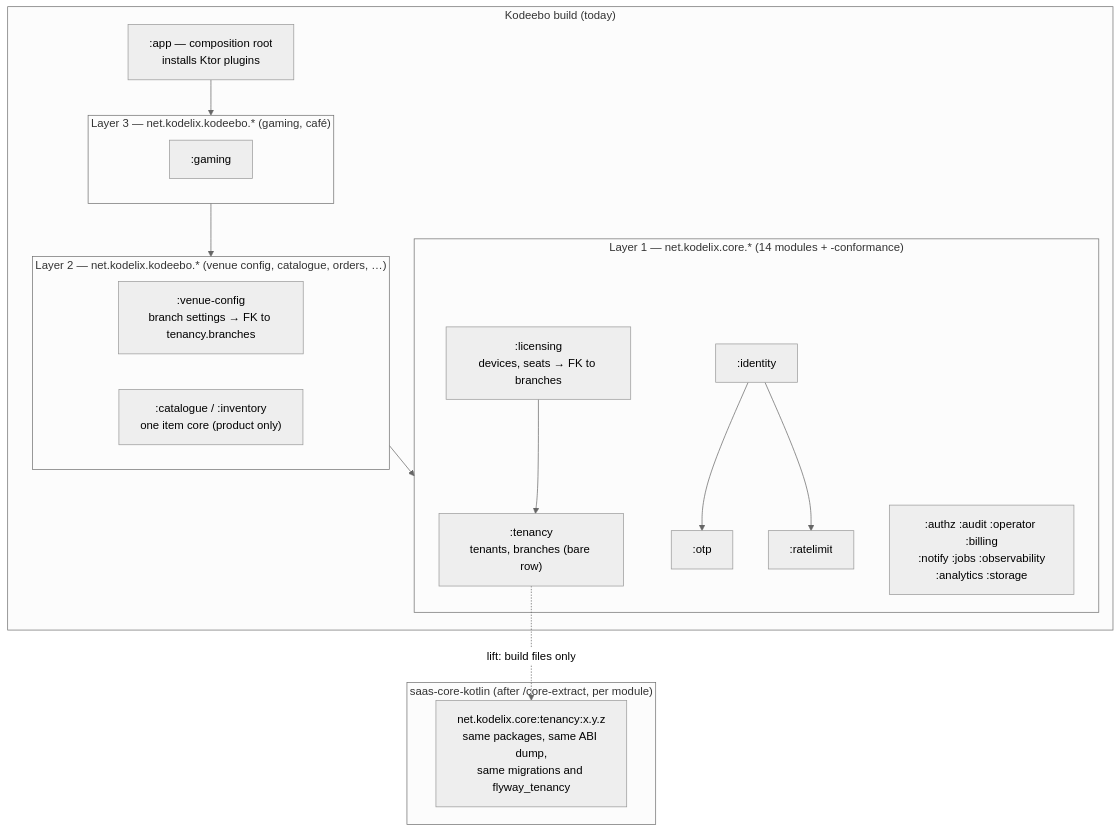
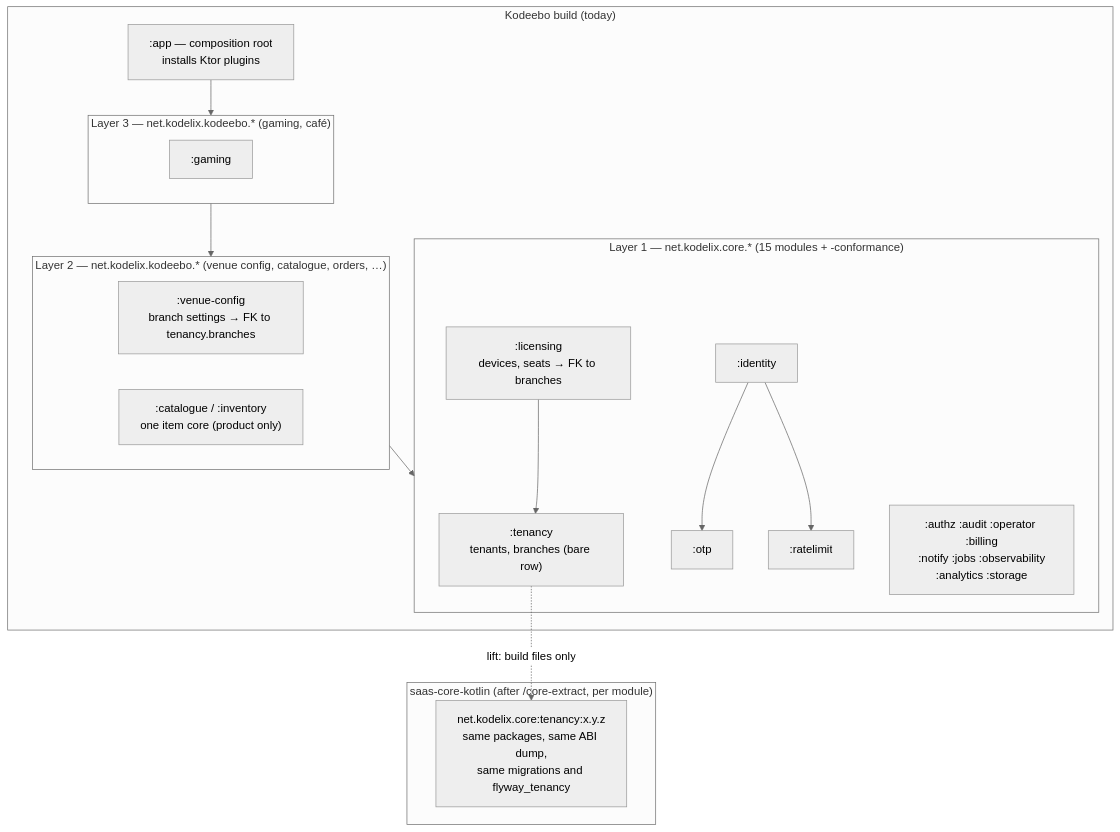
The diagram in docs/architecture/adr-0010-core-extraction-policy.md (Kodelix/kodeebo), drawn with Mermaid (neutral theme) before and after one commit. The commit also changed other lines of this file and 2 other files, not shown here.

First line of the commit message:
docs: add the egress Layer 1 module to the domain map, ADR-0010 and ADR-0011

````diff
--- a/docs/architecture/adr-0010-core-extraction-policy.md
+++ b/docs/architecture/adr-0010-core-extraction-policy.md
@@ -177,26 +178,26 @@
 ```mermaid
 flowchart TB
   subgraph PRODUCT["Kodeebo build (today)"]
     APP[":app — composition root<br/>installs Ktor plugins"]
     subgraph L3["Layer 3 — net.kodelix.kodeebo.* (gaming, café)"]
       G[":gaming"]
     end
     subgraph L2["Layer 2 — net.kodelix.kodeebo.* (venue config, catalogue, orders, …)"]
       VC[":venue-config<br/>branch settings → FK to tenancy.branches"]
       CAT[":catalogue / :inventory<br/>one item core (product only)"]
     end
-    subgraph L1["Layer 1 — net.kodelix.core.* (14 modules + -conformance)"]
+    subgraph L1["Layer 1 — net.kodelix.core.* (15 modules + -conformance)"]
       TEN[":tenancy<br/>tenants, branches (bare row)"]
       LIC[":licensing<br/>devices, seats → FK to branches"]
       ID[":identity"] --> OTP[":otp"]
       ID --> RL[":ratelimit"]
       OTH[":authz :audit :operator :billing<br/>:notify :jobs :observability<br/>:analytics :storage"]
     end
     APP --> L3 --> L2 --> L1
     LIC --> TEN
   end
   subgraph CORE["saas-core-kotlin (after /core-extract, per module)"]
     CTEN["net.kodelix.core:tenancy:x.y.z<br/>same packages, same ABI dump,<br/>same migrations and flyway_tenancy"]
   end
   TEN -. "lift: build files only" .-> CTEN
 ```
````
